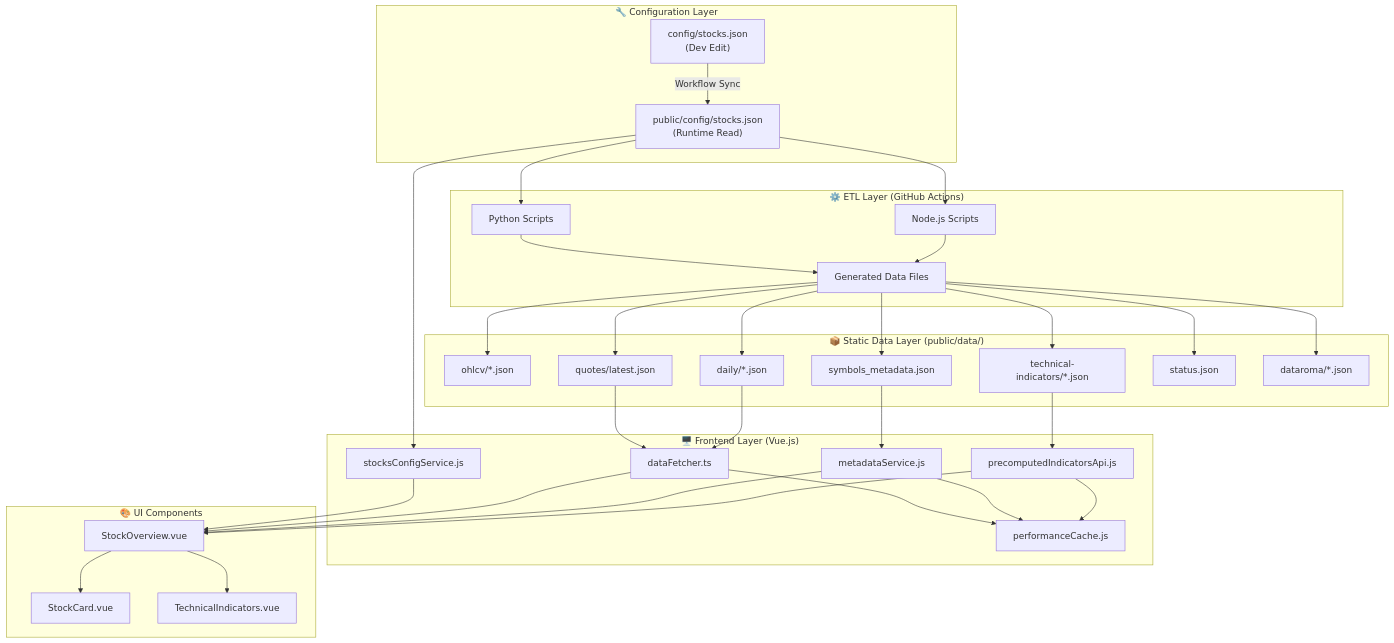
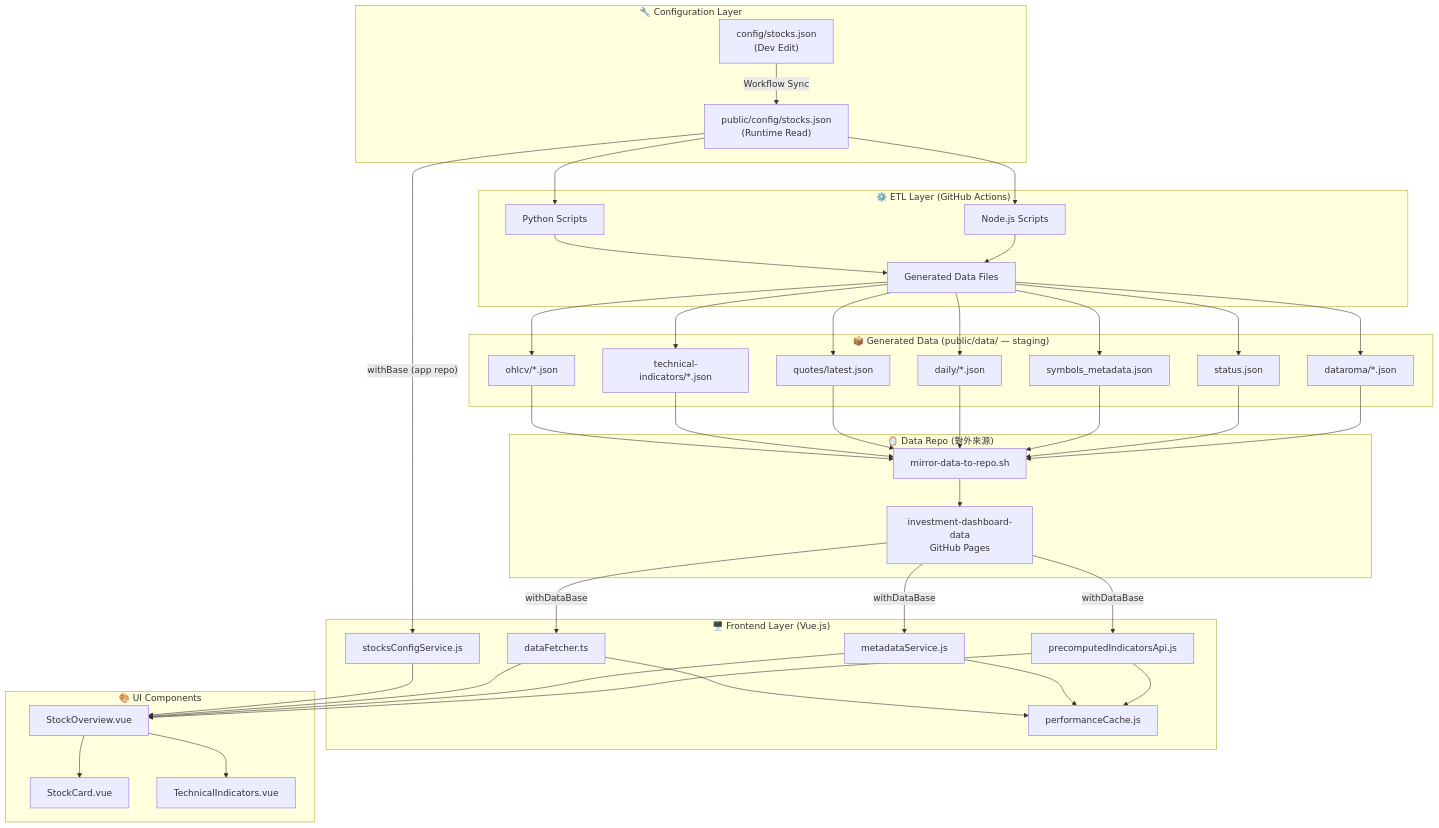
Before and after one commit to romarin-hsieh/investment-dashboard: the seventh of 7 diagrams in docs/operations/DATA_OPERATIONS.md, drawn with Mermaid. The commit also changed other lines of this file and 11 other files, not shown here.

````diff
--- a/docs/operations/DATA_OPERATIONS.md
+++ b/docs/operations/DATA_OPERATIONS.md
@@ -594,63 +628,68 @@
 ```mermaid
 graph TB
     subgraph "🔧 Configuration Layer"
         A1["config/stocks.json<br>(Dev Edit)"]
         A2["public/config/stocks.json<br>(Runtime Read)"]
         A1 -->|"Workflow Sync"| A2
     end
 
     subgraph "⚙️ ETL Layer (GitHub Actions)"
         B1["Python Scripts"]
         B2["Node.js Scripts"]
         B3["Generated Data Files"]
         A2 --> B1
         A2 --> B2
         B1 --> B3
         B2 --> B3
     end
 
-    subgraph "📦 Static Data Layer (public/data/)"
+    subgraph "📦 Generated Data (public/data/ — staging)"
         C1["ohlcv/*.json"]
         C2["technical-indicators/*.json"]
         C3["quotes/latest.json"]
         C4["daily/*.json"]
         C5["symbols_metadata.json"]
         C6["status.json"]
         C7["dataroma/*.json"]
         B3 --> C1
         B3 --> C2
         B3 --> C3
         B3 --> C4
         B3 --> C5
         B3 --> C6
         B3 --> C7
     end
 
+    subgraph "🪞 Data Repo (對外來源)"
+        MIR["mirror-data-to-repo.sh"]
+        DR["investment-dashboard-data<br>GitHub Pages"]
+        C1 & C2 & C3 & C4 & C5 & C6 & C7 --> MIR --> DR
+    end
+
     subgraph "🖥️ Frontend Layer (Vue.js)"
         D1["stocksConfigService.js"]
         D2["dataFetcher.ts"]
         D3["metadataService.js"]
         D4["precomputedIndicatorsApi.js"]
         D5["performanceCache.js"]
-        A2 --> D1
-        C3 --> D2
-        C4 --> D2
-        C5 --> D3
-        C2 --> D4
+        A2 -->|"withBase (app repo)"| D1
+        DR -->|"withDataBase"| D2
+        DR -->|"withDataBase"| D3
+        DR -->|"withDataBase"| D4
         D2 --> D5
         D3 --> D5
         D4 --> D5
     end
 
     subgraph "🎨 UI Components"
         E1["StockOverview.vue"]
         E2["StockCard.vue"]
         E3["TechnicalIndicators.vue"]
         D1 --> E1
         D2 --> E1
         D3 --> E1
         D4 --> E1
         E1 --> E2
         E1 --> E3
     end
 ```
````
